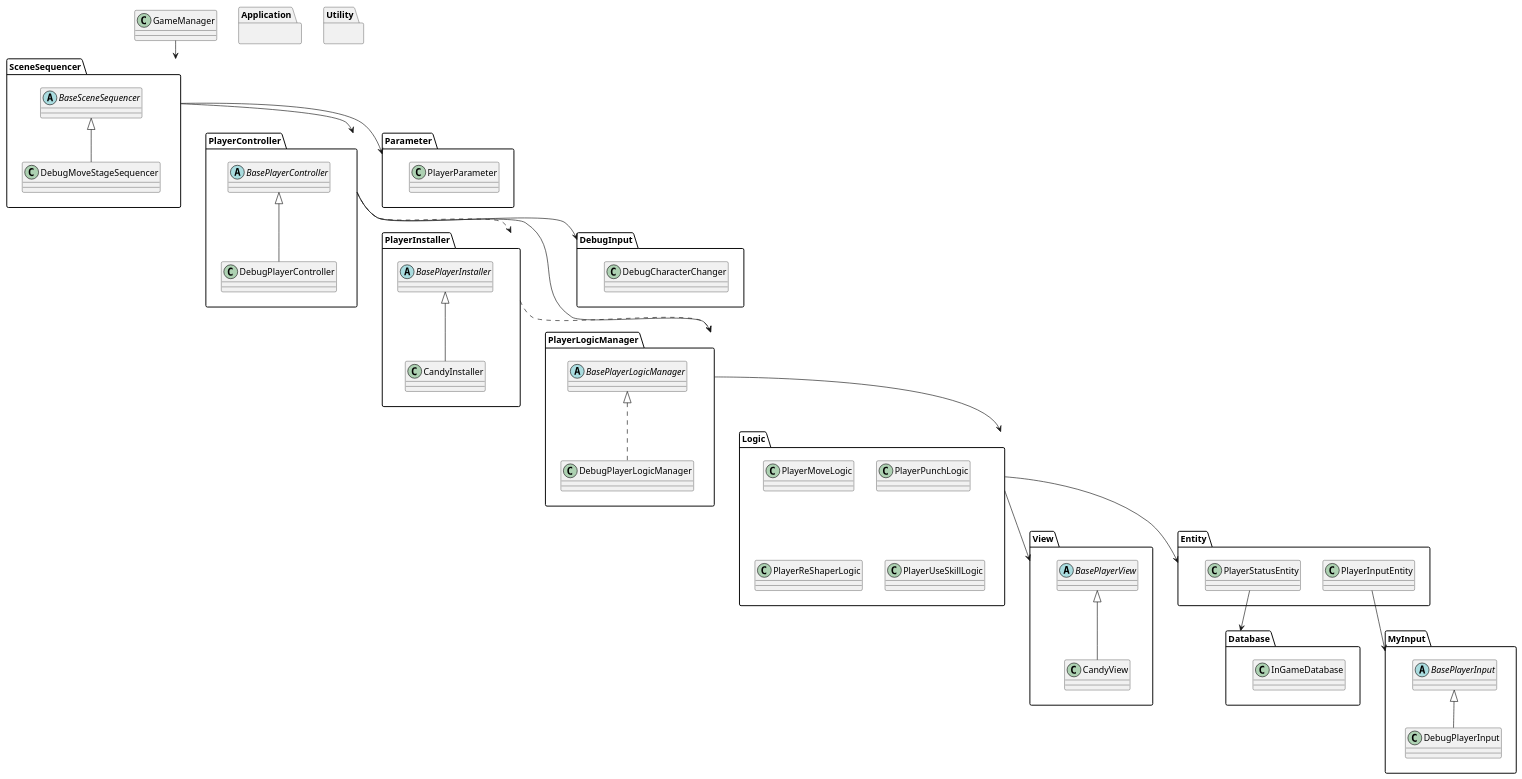
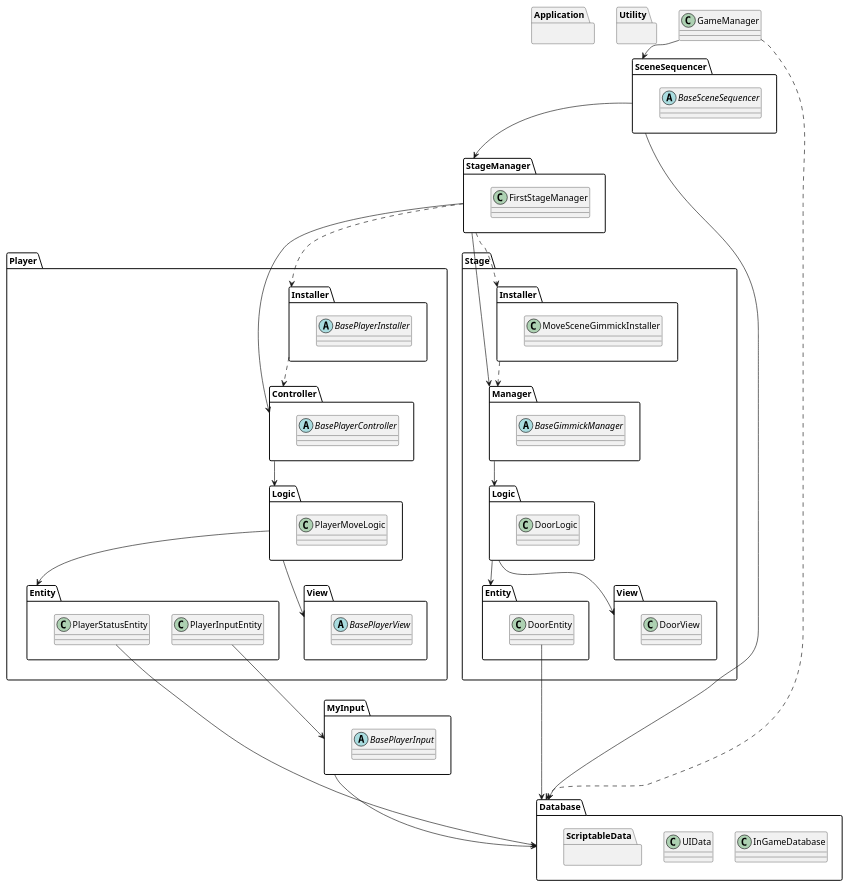
One commit to kyoka122/SweetyPanick_Scripts changed the diagram in Scripts/ClassDiagram/InGame.puml. Above: the diagram before and after it, drawn with PlantUML. The commit also changed 161 other files, not shown here.

```diff
--- a/Scripts/ClassDiagram/InGame.puml
+++ b/Scripts/ClassDiagram/InGame.puml
@@ -1,81 +1,98 @@
 @startuml
 'https://plantuml.com/class-diagram
 
 namespace SceneSequencer{
     abstract BaseSceneSequencer
-    class DebugMoveStageSequencer
-    BaseSceneSequencer <|-- DebugMoveStageSequencer
 }
 
-namespace PlayerController{
-    abstract BasePlayerController
-    class DebugPlayerController
-    BasePlayerController <|-- DebugPlayerController
+namespace StageManager{
+    class FirstStageManager
 }
 
-namespace PlayerInstaller{
-    abstract BasePlayerInstaller
-    class CandyInstaller
-    BasePlayerInstaller <|-- CandyInstaller
-}
-namespace PlayerLogicManager{
-    abstract BasePlayerLogicManager
-    class DebugPlayerLogicManager
-    BasePlayerLogicManager <|.. DebugPlayerLogicManager
+namespace Player.Controller{
+    abstract BasePlayerController
 }
 
-namespace DebugInput{
-    class DebugCharacterChanger
+namespace Player.Installer{
+    abstract BasePlayerInstaller
 }
 
-namespace Logic{
+'namespace DebugInput{
+'    class DebugCharacterChanger
+'}
+
+namespace Player.Logic{
     class PlayerMoveLogic
-    class PlayerPunchLogic
-    class PlayerReShaperLogic
-    class PlayerUseSkillLogic
 }
 
 namespace MyInput{
     abstract BasePlayerInput
-    class DebugPlayerInput
-    BasePlayerInput <|-- DebugPlayerInput
 }
 
 namespace Database{
     class InGameDatabase
+    class UIData
+    namespace Database.ScriptableData{
+    }
 }
 
-namespace Entity{
+namespace Player.Entity{
     class PlayerStatusEntity
     class PlayerInputEntity
     
-    PlayerInputEntity -->MyInput
     PlayerStatusEntity --> Database
+    PlayerInputEntity --> MyInput
 }
 
-namespace View{
+namespace Player.View{
     abstract BasePlayerView
-    class CandyView
-    BasePlayerView <|-- CandyView
 }
     
-namespace Parameter{
-    class PlayerParameter
+namespace Stage.Manager{
+    abstract BaseGimmickManager
+}
+
+namespace Stage.Installer{
+    class MoveSceneGimmickInstaller
+}
+
+namespace Stage.Logic{
+    class DoorLogic
+}
+
+namespace Stage.Entity{
+    class DoorEntity
+    
+    DoorEntity --> Database
+}
+
+namespace Stage.View{
+    class DoorView
 }
 
 class GameManager
 namespace Application{}
 namespace Utility{}
 
 GameManager --> SceneSequencer
-SceneSequencer --> PlayerController
-SceneSequencer --> Parameter
-PlayerController --> DebugInput
-PlayerController ..> PlayerInstaller
-PlayerInstaller ..> PlayerLogicManager
-PlayerController --> PlayerLogicManager
-PlayerLogicManager --> Logic
-Logic --> Entity
-Logic --> View
+GameManager ..> Database
+SceneSequencer --> StageManager
+StageManager --> Player.Controller
+SceneSequencer --> Database
+'Player.Controller --> DebugInput
+StageManager ..> Player.Installer
+Player.Installer ..> Player.Controller
+Player.Controller --> Player.Logic
+Player.Logic --> Player.Entity
+Player.Logic --> Player.View
+MyInput -->Database
+
+StageManager --> Stage.Manager
+StageManager ..> Stage.Installer
+Stage.Installer ..> Stage.Manager
+Stage.Manager --> Stage.Logic
+Stage.Logic --> Stage.Entity
+Stage.Logic --> Stage.View
+
 
 @enduml
```
